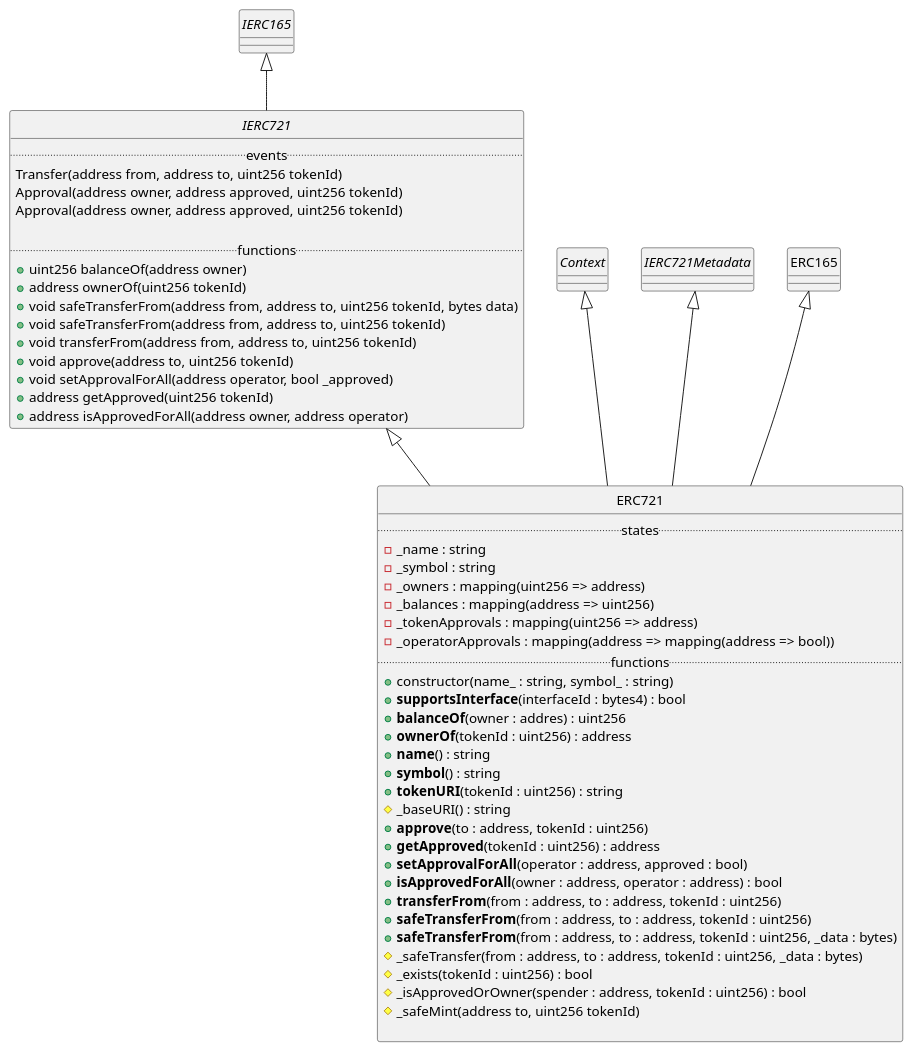
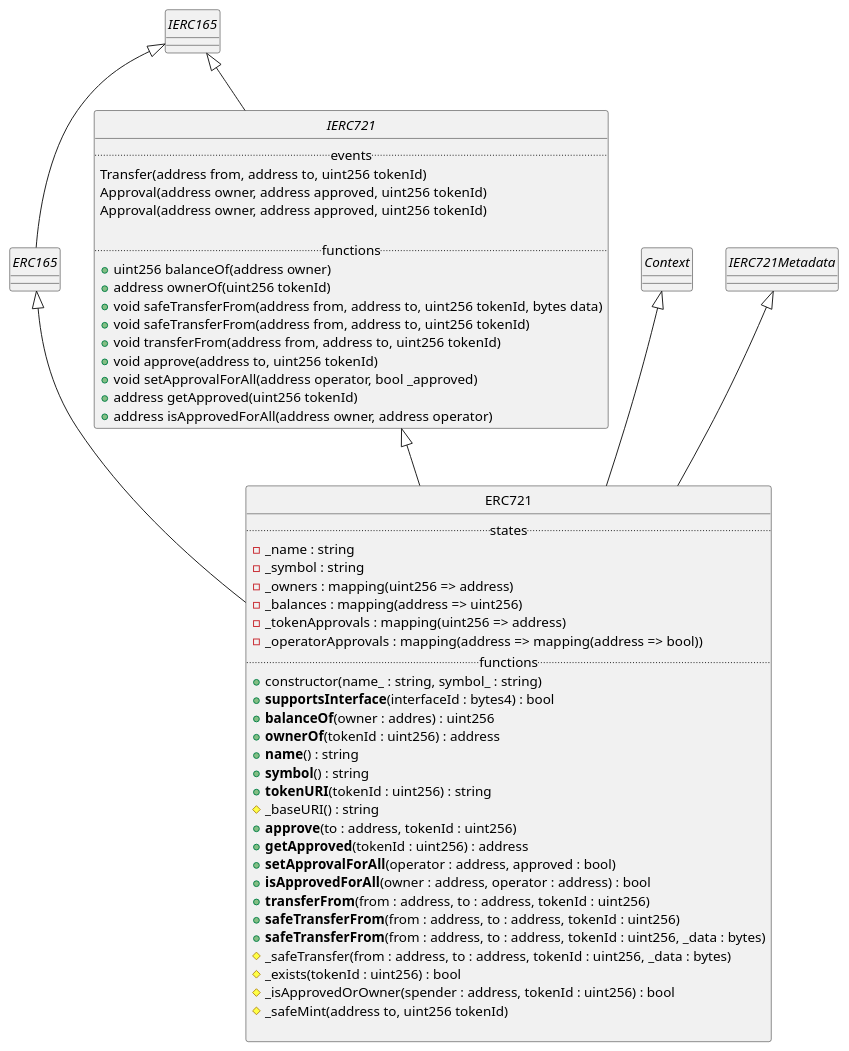
One commit to 3rdstage/models changed the diagram in smart-contracts/openzepplin/openzeppelin-v4-erc721-contracts-2.plantuml. Above: the diagram before and after it, drawn with PlantUML. The commit also changed 3 other files, not shown here.

```diff
--- a/smart-contracts/openzepplin/openzeppelin-v4-erc721-contracts-2.plantuml
+++ b/smart-contracts/openzepplin/openzeppelin-v4-erc721-contracts-2.plantuml
@@ -1,84 +1,87 @@
 @startuml
 
 ' Useful references
 /'
 https://plantuml.com/class-diagram
 https://plantuml.com/sequence-diagram
 https://plantuml.com/creole
 https://plantuml-documentation.readthedocs.io/en/latest/formatting/all-skin-params.html
 https://plantuml-documentation.readthedocs.io/en/latest/formatting/all-skin-params.html#class
 https://plantuml-documentation.readthedocs.io/en/latest/formatting/color-names.html
 https://www.w3schools.com/colors/colors_names.asp
 https://plantuml.com/color
 '/
 
 
 hide circle
 show empty fields
 show empty methods
 ' hide stereotypes
 
 
 interface IERC165
 interface Context
 interface IERC721Metadata
+
+abstract class ERC165
+IERC165 <|-- ERC165
 
 
 IERC165 <|-- IERC721
 interface IERC721 {
   .. events ..
   Transfer(address from, address to, uint256 tokenId)
   Approval(address owner, address approved, uint256 tokenId)
   Approval(address owner, address approved, uint256 tokenId)
 
   .. functions ..
   + uint256 balanceOf(address owner)
   + address ownerOf(uint256 tokenId)
   + void safeTransferFrom(address from, address to, uint256 tokenId, bytes data)
   + void safeTransferFrom(address from, address to, uint256 tokenId)
   + void transferFrom(address from, address to, uint256 tokenId)
   + void approve(address to, uint256 tokenId)
   + void setApprovalForAll(address operator, bool _approved)
   + address getApproved(uint256 tokenId)
   + address isApprovedForAll(address owner, address operator)
 }
 
 Context <|-- ERC721
 ERC165 <|-- ERC721
 IERC721 <|-- ERC721
 IERC721Metadata <|-- ERC721
 
 class ERC721 {
   .. states ..
   - _name : string
   - _symbol : string
   - {field} _owners : mapping(uint256 => address)
   - {field} _balances : mapping(address => uint256)
   - {field} _tokenApprovals : mapping(uint256 => address)
   - {field} _operatorApprovals : mapping(address => mapping(address => bool))
   .. functions ..
   + constructor(name_ : string, symbol_ : string)
   + **supportsInterface**(interfaceId : bytes4) : bool
   + **balanceOf**(owner : addres) : uint256
   + **ownerOf**(tokenId : uint256) : address
   + **name**() : string
   + **symbol**() : string
   + **tokenURI**(tokenId : uint256) : string
   # _baseURI() : string
   + **approve**(to : address, tokenId : uint256)
   + **getApproved**(tokenId : uint256) : address
   + **setApprovalForAll**(operator : address, approved : bool)
   + **isApprovedForAll**(owner : address, operator : address) : bool
   + **transferFrom**(from : address, to : address, tokenId : uint256)
   + **safeTransferFrom**(from : address, to : address, tokenId : uint256)
   + **safeTransferFrom**(from : address, to : address, tokenId : uint256, _data : bytes)
   # _safeTransfer(from : address, to : address, tokenId : uint256, _data : bytes)
   # _exists(tokenId : uint256) : bool
   # _isApprovedOrOwner(spender : address, tokenId : uint256) : bool
   # _safeMint(address to, uint256 tokenId)
   
 }
 
 
 
 @enduml
```
